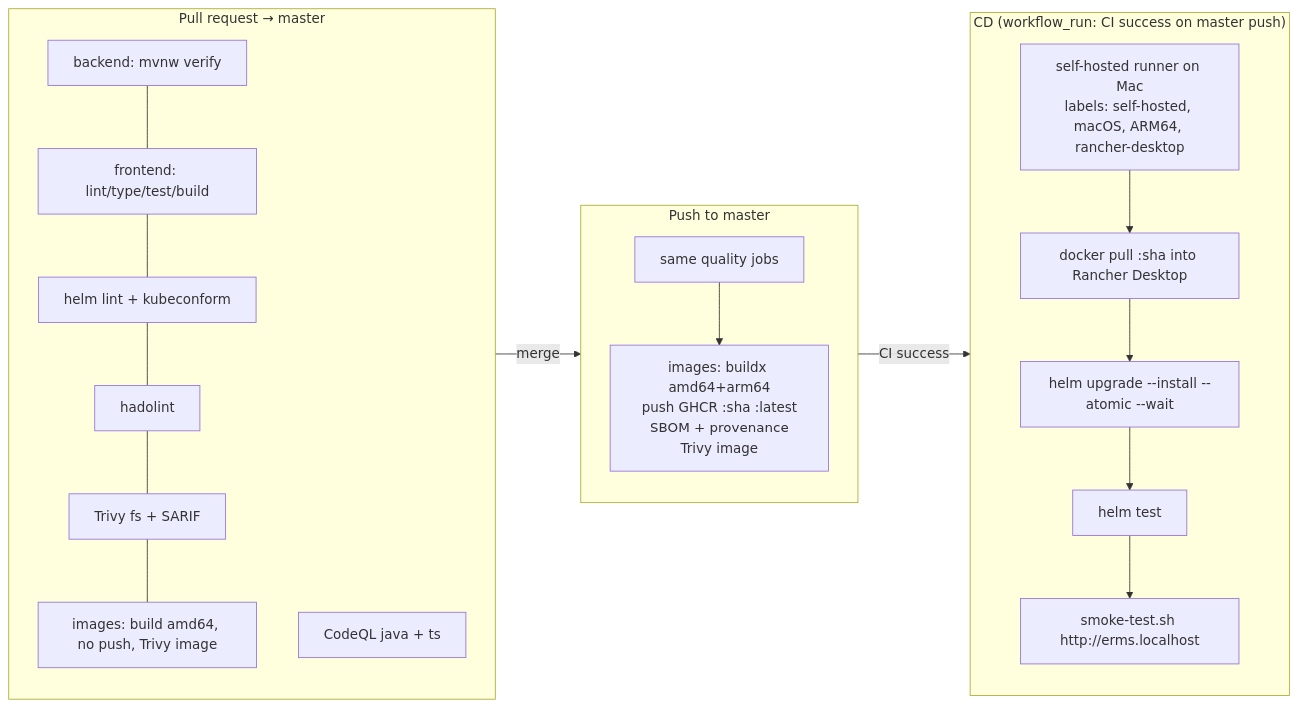
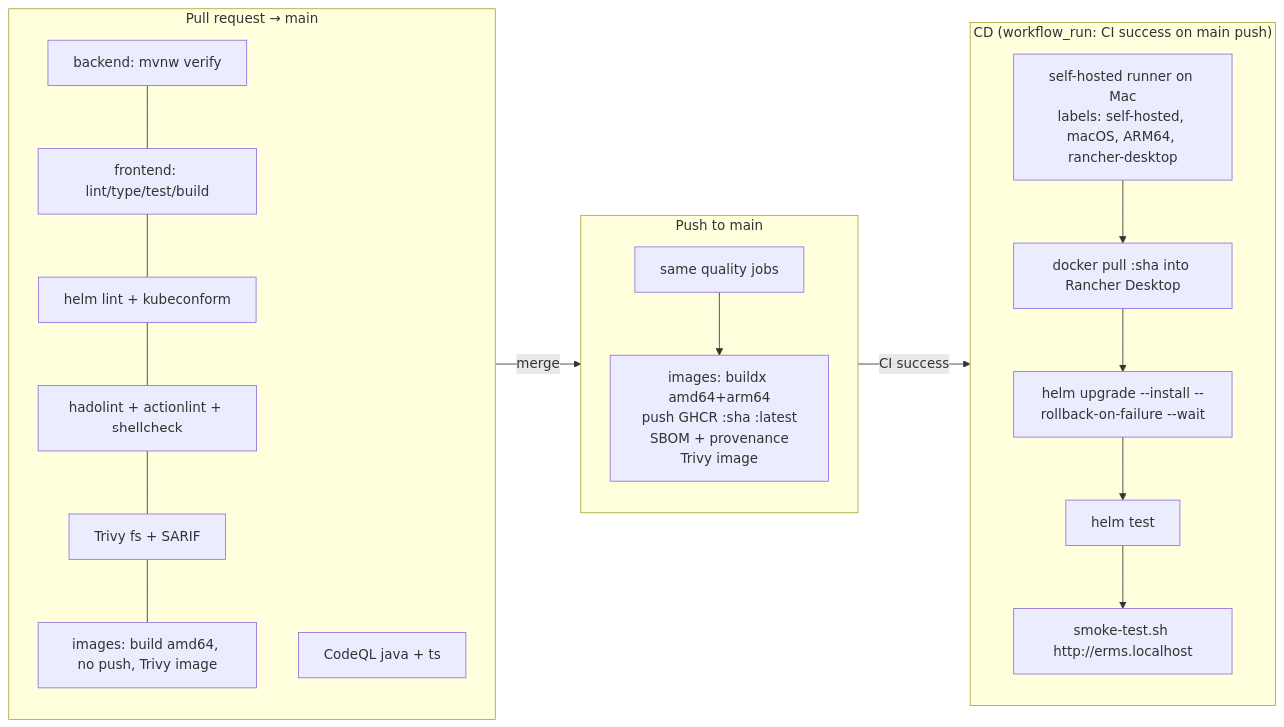
Before and after one commit to manojis/CriticalUtilityResponseService: the diagram in docs/CICD.md, drawn with Mermaid. The commit also changed other lines of this file and 306 other files, not shown here.

````diff
--- a/docs/CICD.md
+++ b/docs/CICD.md
@@ -7,24 +7,24 @@
 ```mermaid
 flowchart LR
-    subgraph PR["Pull request → master"]
+    subgraph PR["Pull request → main"]
         direction TB
         P1[backend: mvnw verify] --- P2[frontend: lint/type/test/build]
         P2 --- P3[helm lint + kubeconform]
-        P3 --- P4[hadolint]
+        P3 --- P4[hadolint + actionlint + shellcheck]
         P4 --- P5[Trivy fs + SARIF]
         P5 --- P6[images: build amd64, no push, Trivy image]
         P7[CodeQL java + ts]
     end
-    subgraph MAIN["Push to master"]
+    subgraph MAIN["Push to main"]
         direction TB
         M1[same quality jobs] --> M2[images: buildx amd64+arm64<br/>push GHCR :sha :latest<br/>SBOM + provenance<br/>Trivy image]
     end
-    subgraph CD["CD (workflow_run: CI success on master push)"]
+    subgraph CD["CD (workflow_run: CI success on main push)"]
         direction TB
         D1["self-hosted runner on Mac<br/>labels: self-hosted, macOS, ARM64, rancher-desktop"] --> D2[docker pull :sha into Rancher Desktop]
-        D2 --> D3["helm upgrade --install --atomic --wait"]
+        D2 --> D3["helm upgrade --install --rollback-on-failure --wait"]
         D3 --> D4[helm test]
         D4 --> D5["smoke-test.sh http://erms.localhost"]
     end
     PR -->|merge| MAIN -->|CI success| CD
 ```
````
